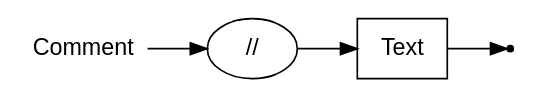
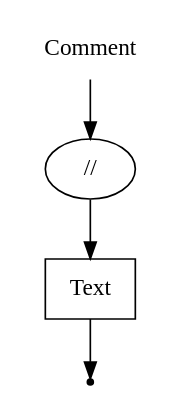
Before and after one commit to EgorGoluzin/DSL: the diagram in DSLTools/examples/RBNFEXPRESSIONSTESTRULES/wirth/Comment.gv, drawn with Graphviz. The commit also changed 110 other files, not shown here.

```diff
--- a/DSLTools/examples/RBNFEXPRESSIONSTESTRULES/wirth/Comment.gv
+++ b/DSLTools/examples/RBNFEXPRESSIONSTESTRULES/wirth/Comment.gv
@@ -1,11 +1,9 @@
-digraph COMMENT {
-  rankdir=LR;
-  node [fontname="Arial"];
+digraph Comment {
   start [label="Comment" shape=plaintext];
   end [label="" shape=point];
   A [label="//" shape=oval];
   B [label="Text" shape=box];
   start -> A;
   A -> B;
   B -> end;
 }
```
